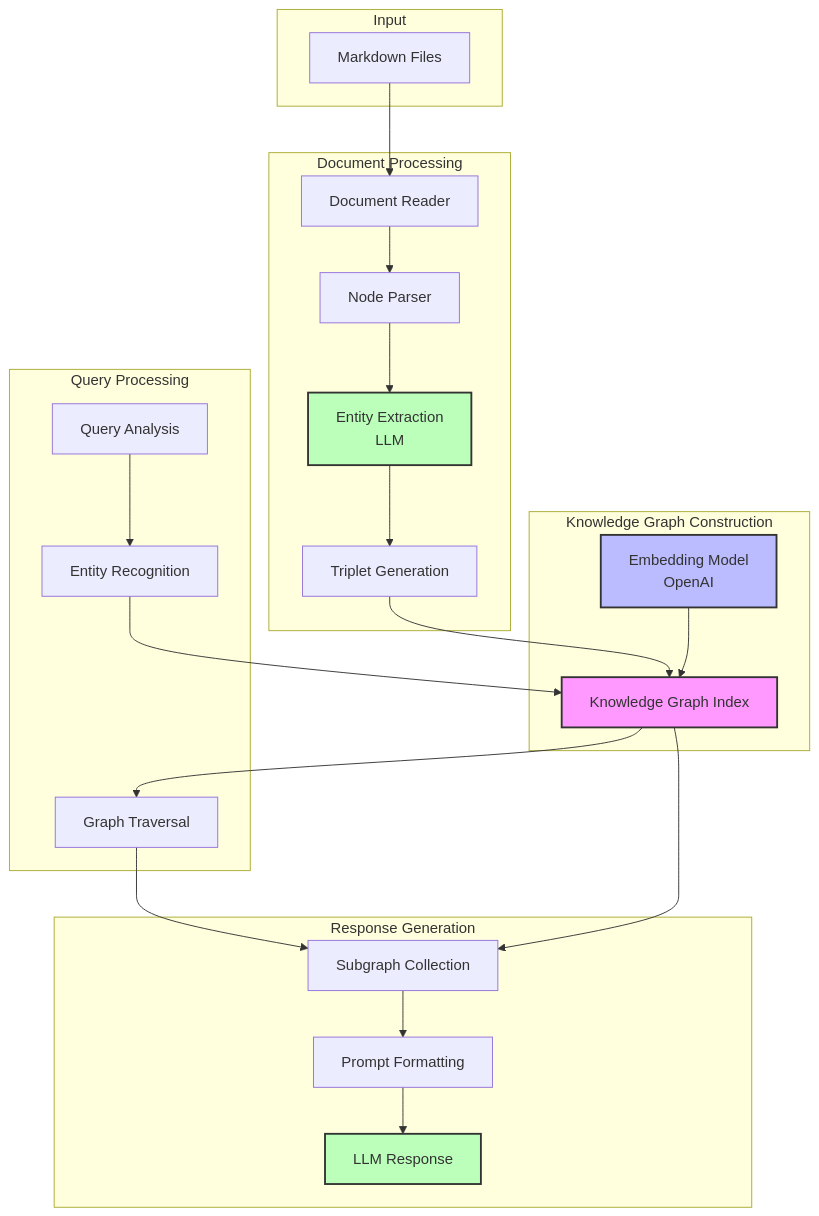
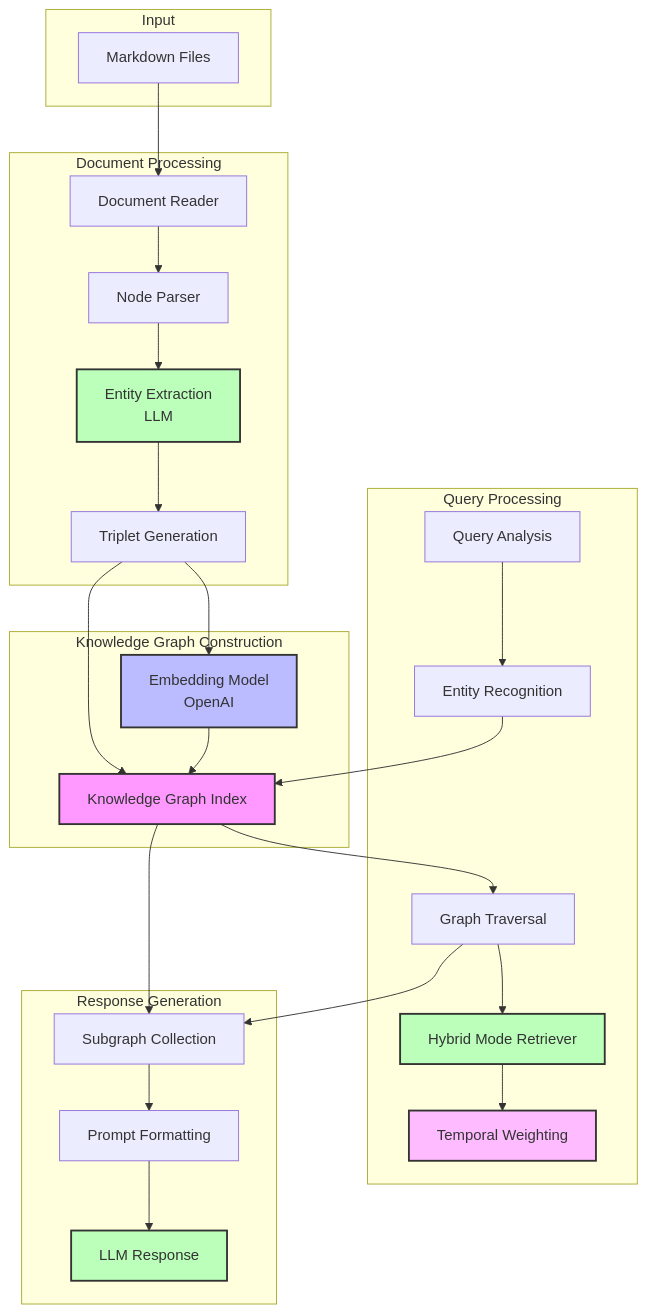
One commit to trilogy-group/graphrag-experiments changed the diagram in architecture.md. Above: the diagram before and after it, drawn with Mermaid. The commit also changed other lines of this file and 2 other files, not shown here.

First line of the commit message:
doc: describe hybrid retrieval

````diff
--- a/architecture.md
+++ b/architecture.md
@@ -48,39 +58,44 @@
 ```mermaid
 graph TD
     subgraph Input
         MD[Markdown Files]
     end
 
     subgraph "Document Processing"
         DR[Document Reader] --> NP[Node Parser]
         NP --> EE[Entity Extraction<br/>LLM]
         EE --> TR[Triplet Generation]
     end
 
     subgraph "Knowledge Graph Construction"
         KG[Knowledge Graph Index]
+        TR --> KG
         EM[Embedding Model<br/>OpenAI]
-        TR --> KG
+        TR --> EM
         EM --> KG
     end
 
     subgraph "Query Processing"
         QA[Query Analysis] --> ER[Entity Recognition]
         ER --> KG
         KG --> GT[Graph Traversal]
+        GT --> HM[Hybrid Mode Retriever]
+        HM --> TW[Temporal Weighting]
     end
 
     subgraph "Response Generation"
         GT --> SG[Subgraph Collection]
         KG --> SG
         SG --> PF[Prompt Formatting]
         PF --> LLM[LLM Response]
     end
 
     MD --> DR
 
     style KG fill:#f9f,stroke:#333,stroke-width:2px
-    style EM fill:#bbf,stroke:#333,stroke-width:2px
     style EE fill:#bfb,stroke:#333,stroke-width:2px
     style LLM fill:#bfb,stroke:#333,stroke-width:2px
+    style EM fill:#bbf,stroke:#333,stroke-width:2px
+    style HM fill:#bfb,stroke:#333,stroke-width:2px
+    style TW fill:#fbf,stroke:#333,stroke-width:2px
 ```
````
